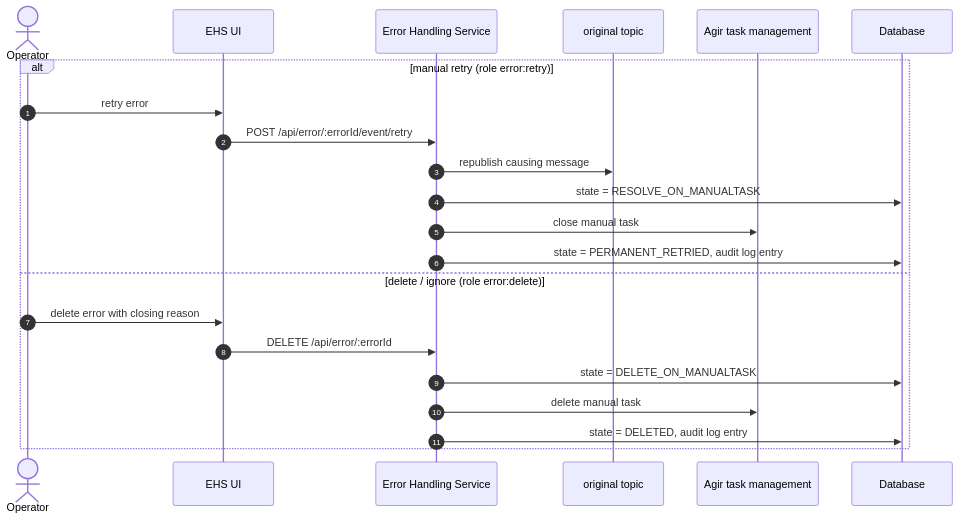
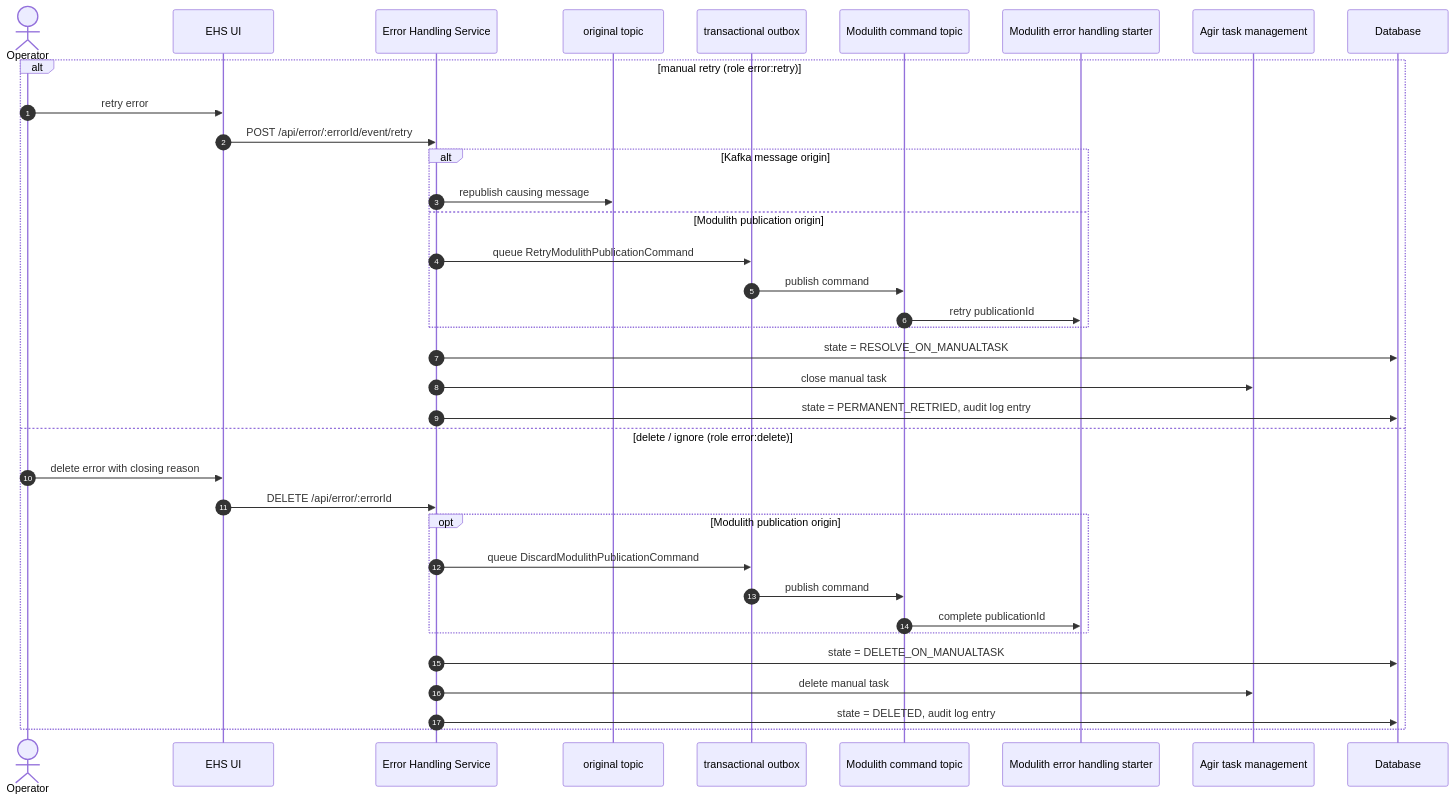
One commit to jeap-admin-ch/jeap-error-handling changed the third of 4 diagrams in docs/message-flows.md. Above: the diagram before and after it, drawn with Mermaid. The commit also changed other lines of this file and 41 other files, not shown here.

````diff
--- a/docs/message-flows.md
+++ b/docs/message-flows.md
@@ -80,25 +90,39 @@
 ```mermaid
 sequenceDiagram
     autonumber
     actor Operator
     participant UI as EHS UI
     participant EHS as Error Handling Service
     participant Topic as original topic
+    participant Outbox as transactional outbox
+    participant CommandTopic as Modulith command topic
+    participant Starter as Modulith error handling starter
     participant Agir as Agir task management
     participant DB as Database
 
     alt manual retry (role error:retry)
         Operator->>UI: retry error
         UI->>EHS: POST /api/error/:errorId/event/retry
-        EHS->>Topic: republish causing message
+        alt Kafka message origin
+            EHS->>Topic: republish causing message
+        else Modulith publication origin
+            EHS->>Outbox: queue RetryModulithPublicationCommand
+            Outbox->>CommandTopic: publish command
+            CommandTopic->>Starter: retry publicationId
+        end
         EHS->>DB: state = RESOLVE_ON_MANUALTASK
         EHS->>Agir: close manual task
         EHS->>DB: state = PERMANENT_RETRIED, audit log entry
     else delete / ignore (role error:delete)
         Operator->>UI: delete error with closing reason
         UI->>EHS: DELETE /api/error/:errorId
+        opt Modulith publication origin
+            EHS->>Outbox: queue DiscardModulithPublicationCommand
+            Outbox->>CommandTopic: publish command
+            CommandTopic->>Starter: complete publicationId
+        end
         EHS->>DB: state = DELETE_ON_MANUALTASK
         EHS->>Agir: delete manual task
         EHS->>DB: state = DELETED, audit log entry
     end
 ```
````
